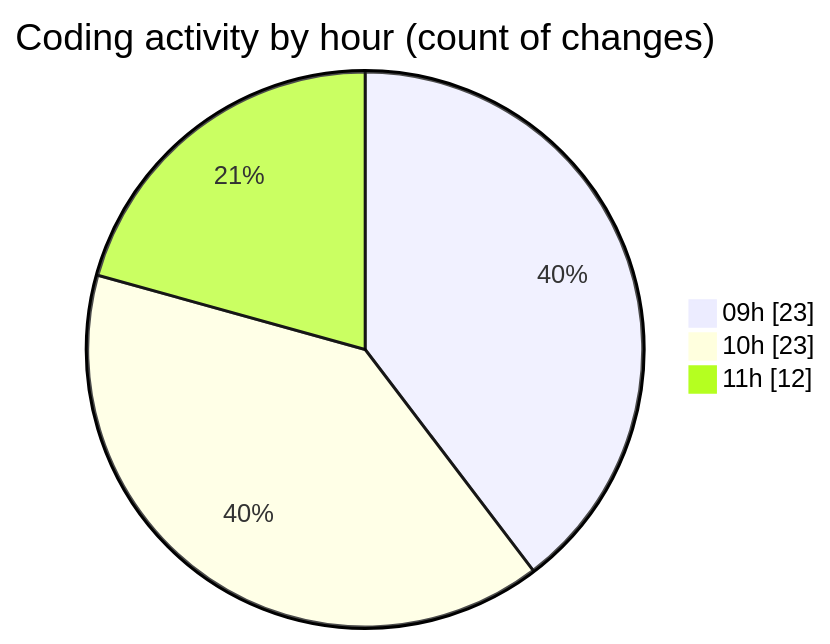
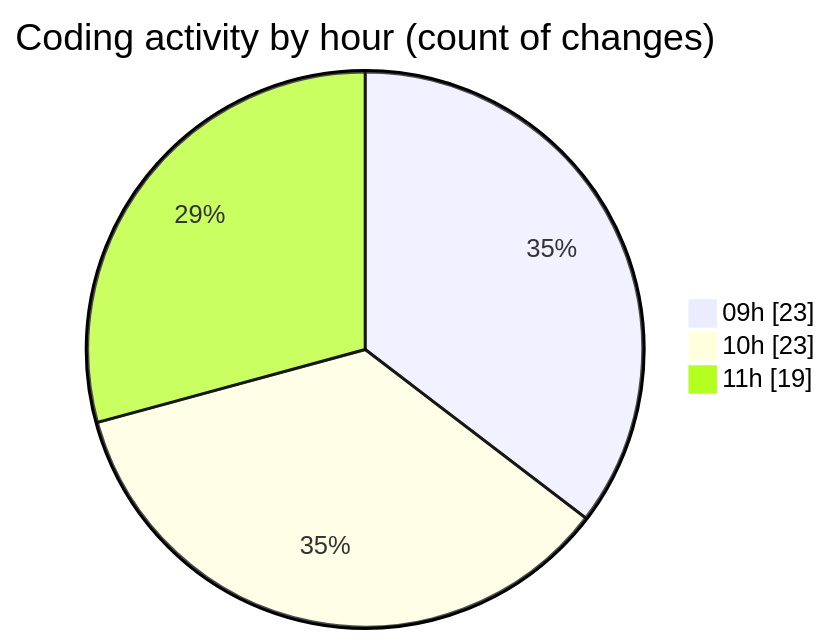
Before and after one commit to momahboobian/code-tracking: the second of 2 diagrams in 2025-12-04/cda/README.md, drawn with Mermaid. The commit also changed other lines of this file and 1 other file, not shown here.

````diff
--- a/2025-12-04/cda/README.md
+++ b/2025-12-04/cda/README.md
@@ -30,7 +30,7 @@
 ```mermaid
 pie showData
 title Coding activity by hour (count of changes)
 "09h" : 23
 "10h" : 23
-"11h" : 12
+"11h" : 19
 ```
````
